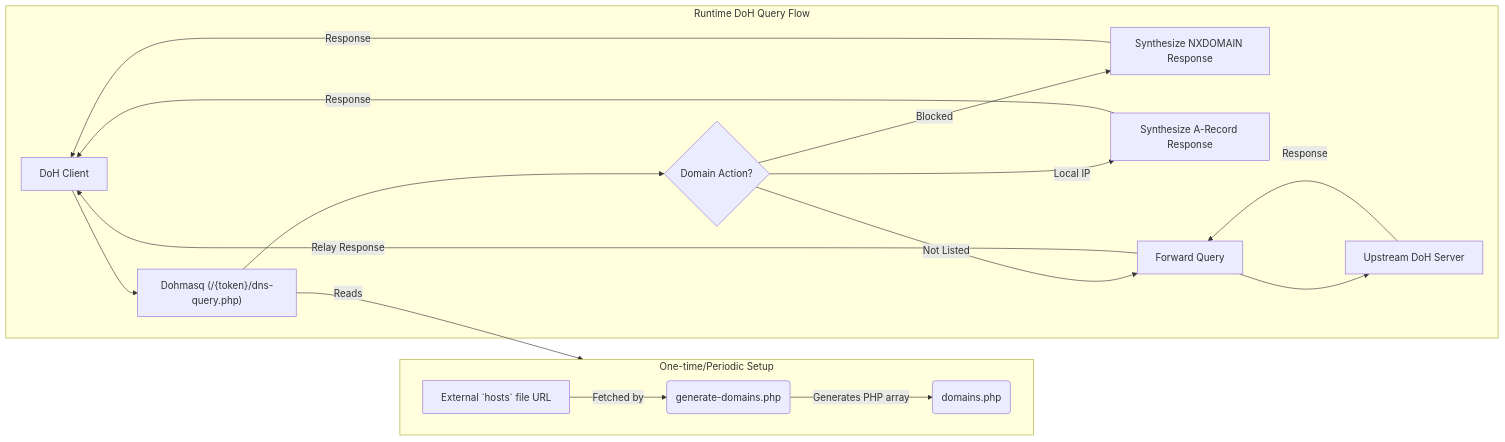
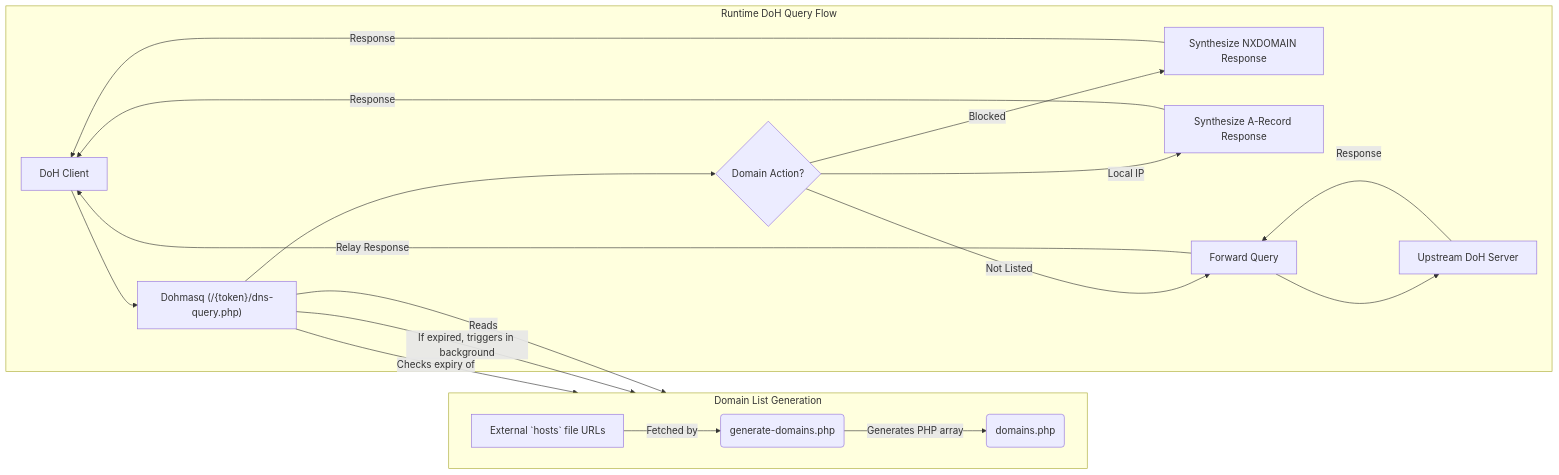
Before and after one commit to asannou/dohmasq: the diagram in README.md, drawn with Mermaid. The commit also changed other lines of this file and 1 other file, not shown here.

First line of the commit message:
docs: Update READMEs for automatic domain list regeneration

````diff
--- a/README.md
+++ b/README.md
@@ -19,22 +20,24 @@
 ```mermaid
 graph LR
-    subgraph "One-time/Periodic Setup"
+    subgraph "Domain List Generation"
         direction LR
-        A[External `hosts` file URL] --"Fetched by"--> B(generate-domains.php);
+        A[External `hosts` file URLs] --"Fetched by"--> B(generate-domains.php);
         B --"Generates PHP array"--> C(domains.php);
     end
 
     subgraph "Runtime DoH Query Flow"
         D[DoH Client] --> E["Dohmasq (/{token}/dns-query.php)"];
+        E --"Checks expiry of"--> C;
+        E --"If expired, triggers in background"--> B;
         E --"Reads"--> C;
         E --> F{Domain Action?};
         F --"Blocked"--> G[Synthesize NXDOMAIN Response];
         F --"Local IP"--> H[Synthesize A-Record Response];
         F --"Not Listed"--> I[Forward Query];
         I --> J[Upstream DoH Server];
         J --"Response"--> I;
         G --"Response"--> D;
         H --"Response"--> D;
         I --"Relay Response"--> D;
     end
 ```
````
